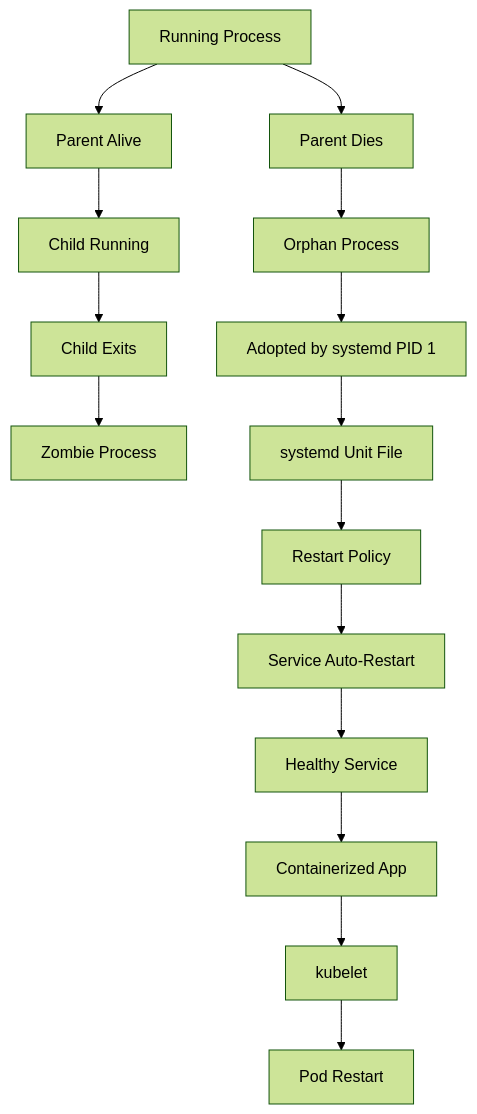
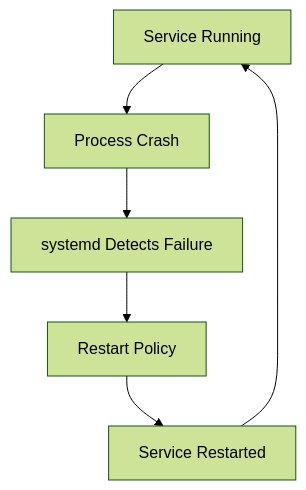
Before and after one commit to arira-ai/ar_linux: the seventh of 7 diagrams in 04-process-and-service-management/04-process-and-service-management.md, drawn with Mermaid (forest theme). The commit also changed other lines of this file, not shown here.

````diff
--- a/04-process-and-service-management/04-process-and-service-management.md
+++ b/04-process-and-service-management/04-process-and-service-management.md
@@ -258,21 +348,9 @@
 ```mermaid
 flowchart TD
-    A[Running Process]
-    A --> B[Parent Alive]
-    B --> C[Child Running]
-    C --> D[Child Exits]
-    D --> E[Zombie Process]
-
-    A --> F[Parent Dies]
-    F --> G[Orphan Process]
-    G --> H[Adopted by systemd PID 1]
-
-    H --> I[systemd Unit File]
-    I --> J[Restart Policy]
-    J --> K[Service Auto-Restart]
-
-    K --> L[Healthy Service]
-    L --> M[Containerized App]
-    M --> N[kubelet]
-    N --> O[Pod Restart]
+    A[Service Running]
+    A --> B[Process Crash]
+    B --> C[systemd Detects Failure]
+    C --> D[Restart Policy]
+    D --> E[Service Restarted]
+    E --> A
 ```
````
